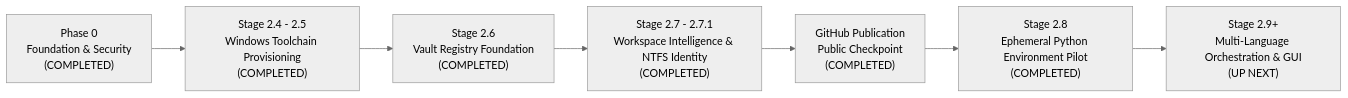
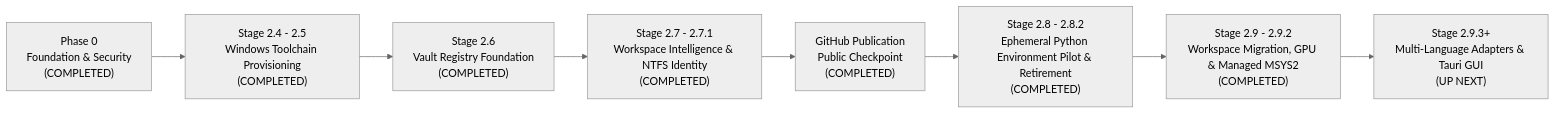
Before and after one commit to Voidwalker-AT/ULVO: the diagram in docs/ROADMAP.md, drawn with Mermaid (neutral theme). The commit also changed other lines of this file and 20 other files, not shown here.

Commit message:
feat: ULVO Stage 2.9.2 - Universal vault adoption, managed MSYS2 toolchain & storage recovery

````diff
--- a/docs/ROADMAP.md
+++ b/docs/ROADMAP.md
@@ -9,17 +9,19 @@
 ```mermaid
 flowchart LR
     P0["Phase 0<br/>Foundation & Security<br/>(COMPLETED)"]
     S24["Stage 2.4 - 2.5<br/>Windows Toolchain Provisioning<br/>(COMPLETED)"]
     S26["Stage 2.6<br/>Vault Registry Foundation<br/>(COMPLETED)"]
     S27["Stage 2.7 - 2.7.1<br/>Workspace Intelligence & NTFS Identity<br/>(COMPLETED)"]
     PUB["GitHub Publication<br/>Public Checkpoint<br/>(COMPLETED)"]
-    S28["Stage 2.8<br/>Ephemeral Python Environment Pilot<br/>(COMPLETED)"]
-    S29["Stage 2.9+<br/>Multi-Language Orchestration & GUI<br/>(UP NEXT)"]
+    S28["Stage 2.8 - 2.8.2<br/>Ephemeral Python Environment Pilot & Retirement<br/>(COMPLETED)"]
+    S29["Stage 2.9 - 2.9.2<br/>Workspace Migration, GPU & Managed MSYS2<br/>(COMPLETED)"]
+    S30["Stage 2.9.3+<br/>Multi-Language Adapters & Tauri GUI<br/>(UP NEXT)"]
 
     P0 --> S24
     S24 --> S26
     S26 --> S27
     S27 --> PUB
     PUB --> S28
     S28 --> S29
+    S29 --> S30
 ```
````
